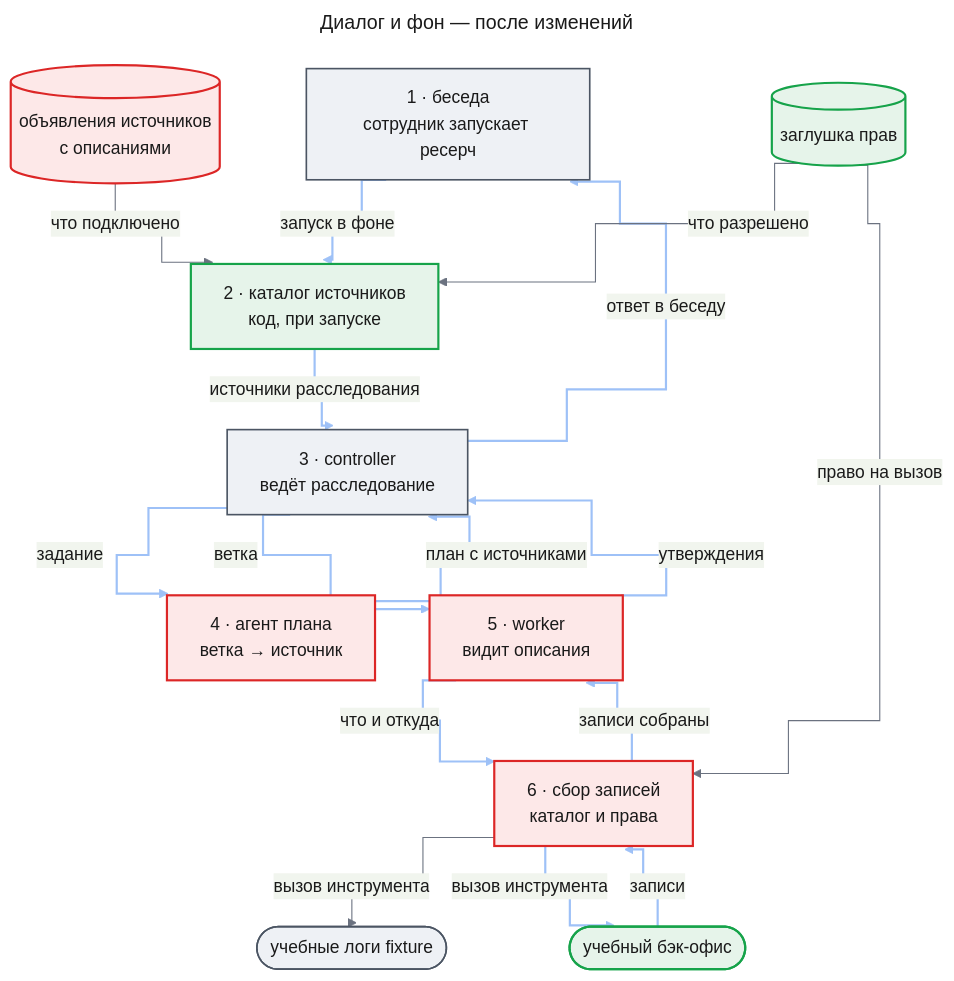
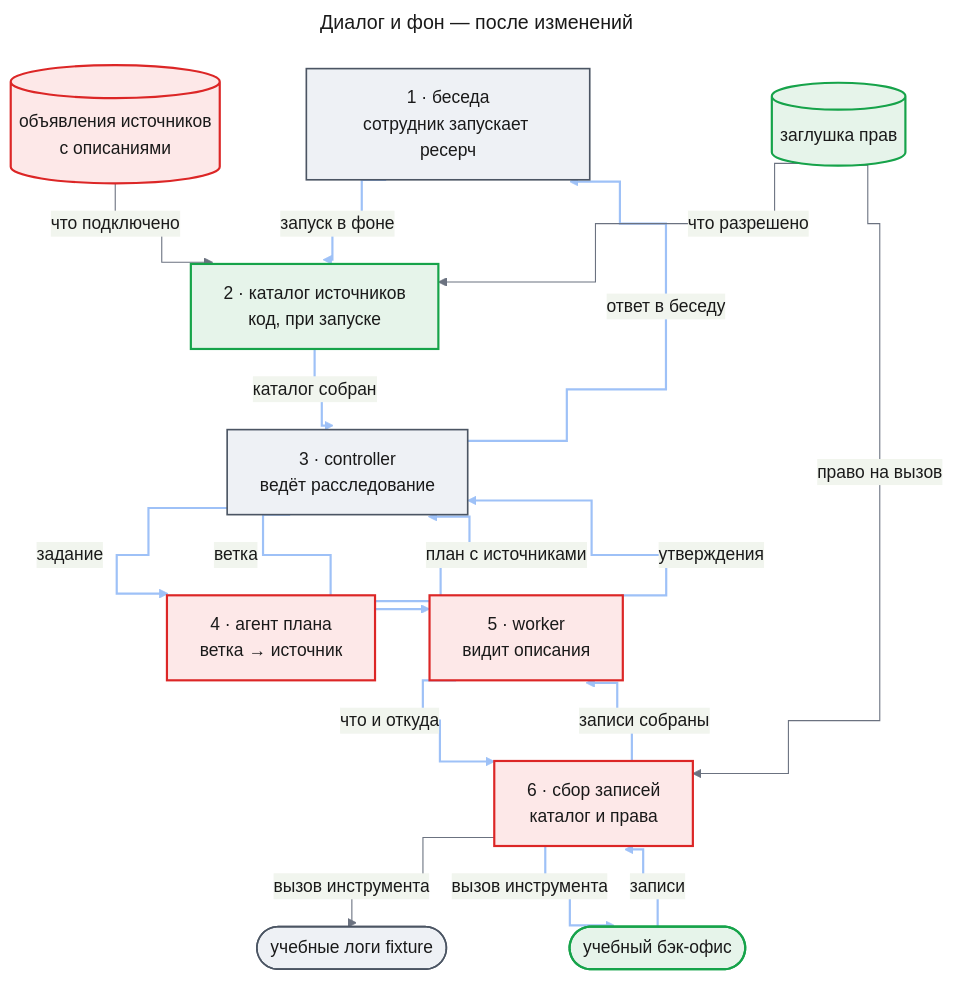
One commit to tundraray/agent-os changed the third of 7 diagrams in docs/features/source-planning/prd.md. Above: the diagram before and after it, drawn with Mermaid. The commit also changed other lines of this file, not shown here.

````diff
--- a/docs/features/source-planning/prd.md
+++ b/docs/features/source-planning/prd.md
@@ -173,71 +173,71 @@
 ```mermaid
 ---
 title: "Диалог и фон — после изменений"
 config:
   theme: base
   look: classic
   themeVariables:
     primaryColor: "#eef1f5"
     primaryBorderColor: "#4b5563"
     primaryTextColor: "#1a1a1a"
     lineColor: "#6b7280"
   flowchart:
     curve: step
   themeCSS: |
     @keyframes litr_sp2{0%,8.18%{stroke:#1d4ed8;stroke-width:6px}9.09%,100%{stroke:#9ec1f7;stroke-width:2px}}
 ---
 flowchart TB
     chat["1 · беседа<br/>сотрудник запускает ресерч"]
     decl[("объявления источников<br/>с описаниями")]
     rights[("заглушка прав")]
     cat["2 · каталог источников<br/>код, при запуске"]
     ctl["3 · controller<br/>ведёт расследование"]
     plan["4 · агент плана<br/>ветка → источник"]
     worker["5 · worker<br/>видит описания"]
     fetch["6 · сбор записей<br/>каталог и права"]
     logs(["учебные логи fixture"])
     bo(["учебный бэк-офис"])
     chat e1@-->|"запуск в фоне"| cat
-    cat e2@-->|"источники расследования"| ctl
+    cat e2@-->|"каталог собран"| ctl
     ctl e3@-->|"задание"| plan
     plan e4@-->|"план с источниками"| ctl
     ctl e5@-->|"ветка"| worker
     worker e6@-->|"что и откуда"| fetch
     fetch -->|"вызов инструмента"| logs
     fetch e7@-->|"вызов инструмента"| bo
     bo e8@-->|"записи"| fetch
     fetch e9@-->|"записи собраны"| worker
     worker e10@-->|"утверждения"| ctl
     ctl e11@-->|"ответ в беседу"| chat
     decl -->|"что подключено"| cat
     rights -->|"что разрешено"| cat
     rights -->|"право на вызов"| fetch
     classDef changed fill:#fde8e8,stroke:#dc2626,stroke-width:2px,color:#1a1a1a
     classDef new fill:#e6f4ea,stroke:#16a34a,stroke-width:2px,color:#1a1a1a
     classDef unchanged fill:#eef1f5,stroke:#4b5563,stroke-width:1.5px,color:#1a1a1a
     classDef r1 stroke:#9ec1f7,stroke-width:2px,animation:litr_sp2 13.2s linear 0s infinite
     classDef r2 stroke:#9ec1f7,stroke-width:2px,animation:litr_sp2 13.2s linear 1.2s infinite
     classDef r3 stroke:#9ec1f7,stroke-width:2px,animation:litr_sp2 13.2s linear 2.4s infinite
     classDef r4 stroke:#9ec1f7,stroke-width:2px,animation:litr_sp2 13.2s linear 3.6s infinite
     classDef r5 stroke:#9ec1f7,stroke-width:2px,animation:litr_sp2 13.2s linear 4.8s infinite
     classDef r6 stroke:#9ec1f7,stroke-width:2px,animation:litr_sp2 13.2s linear 6s infinite
     classDef r7 stroke:#9ec1f7,stroke-width:2px,animation:litr_sp2 13.2s linear 7.2s infinite
     classDef r8 stroke:#9ec1f7,stroke-width:2px,animation:litr_sp2 13.2s linear 8.4s infinite
     classDef r9 stroke:#9ec1f7,stroke-width:2px,animation:litr_sp2 13.2s linear 9.6s infinite
     classDef r10 stroke:#9ec1f7,stroke-width:2px,animation:litr_sp2 13.2s linear 10.8s infinite
     classDef r11 stroke:#9ec1f7,stroke-width:2px,animation:litr_sp2 13.2s linear 12s infinite
     class cat,bo,rights new
     class plan,worker,fetch,decl changed
     class chat,ctl,logs unchanged
     class e1 r1
     class e2 r2
     class e3 r3
     class e4 r4
     class e5 r5
     class e6 r6
     class e7 r7
     class e8 r8
     class e9 r9
     class e10 r10
     class e11 r11
 ```
````
